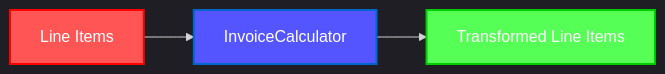
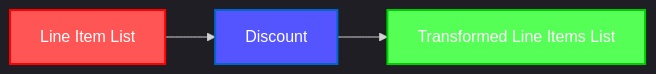
Before and after one commit to rafadc/cash_register: the diagram in src/models/discounts/README.md, drawn with Mermaid.

Commit message:
Corrected graph

````diff
--- a/src/models/discounts/README.md
+++ b/src/models/discounts/README.md
@@ -5,9 +5,9 @@
 ```mermaid
 %%{init: {'theme': 'dark', 'themeVariables': { 'darkMode': true }}}%%
 graph LR
-    A[Line Items] --> B[InvoiceCalculator]
-    B --> C[Transformed Line Items]
+    A[Line Item List] --> B[Discount]
+    B --> C[Transformed Line Items List]
     style A fill:#ff5555,stroke:#ff0000,stroke-width:2px,color:white
     style B fill:#5555ff,stroke:#0066cc,stroke-width:2px,color:white
     style C fill:#55ff55,stroke:#00cc00,stroke-width:2px,color:white
 ```
````
